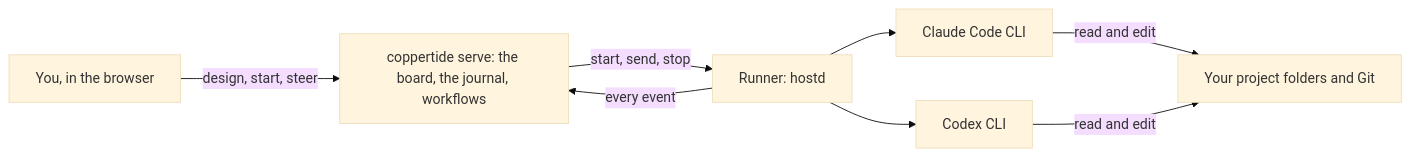
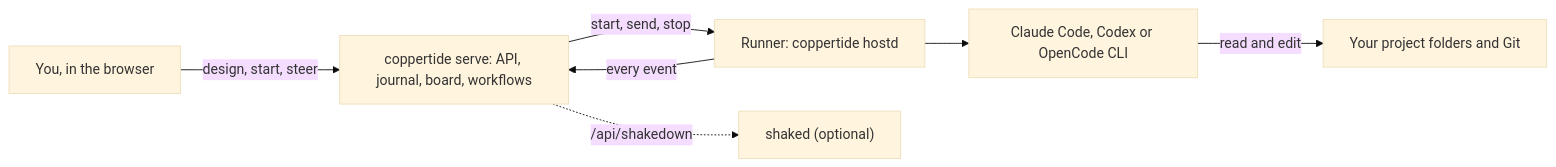
The diagram in README.md (CopperTide/CopperTide), drawn with Mermaid (base theme) before and after one commit. The commit also changed other lines of this file and 7 other files, not shown here.

````diff
--- a/README.md
+++ b/README.md
@@ -48,10 +47,9 @@
 ```mermaid
 flowchart LR
-  You["You, in the browser"] -- "design, start, steer" --> S["coppertide serve: the board, the journal, workflows"]
-  S -- "start, send, stop" --> R["Runner: hostd"]
-  R --> C["Claude Code CLI"]
-  R --> X["Codex CLI"]
+  You["You, in the browser"] -- "design, start, steer" --> S["coppertide serve: API, journal, board, workflows"]
+  S -- "start, send, stop" --> R["Runner: coppertide hostd"]
+  R --> C["Claude Code, Codex or OpenCode CLI"]
   C -- "read and edit" --> F["Your project folders and Git"]
-  X -- "read and edit" --> F
   R -- "every event" --> S
+  S -. "/api/shakedown" .-> SD["shaked (optional)"]
 ```
````
